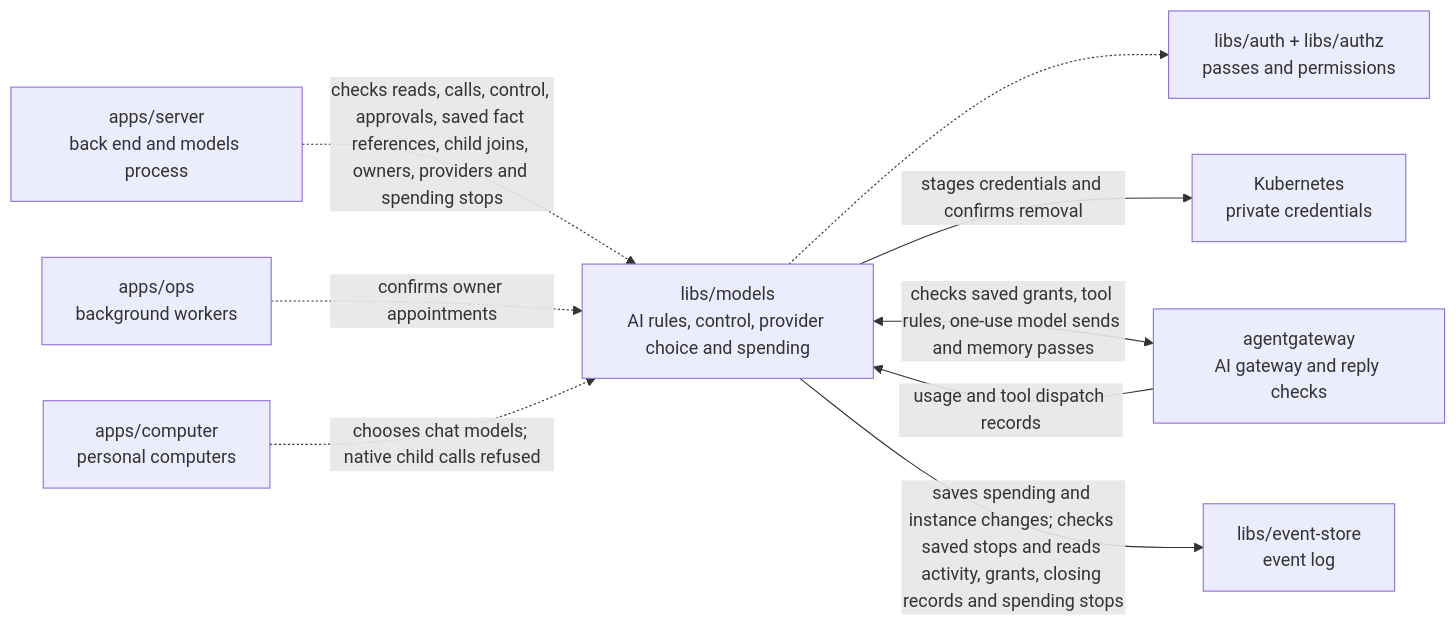
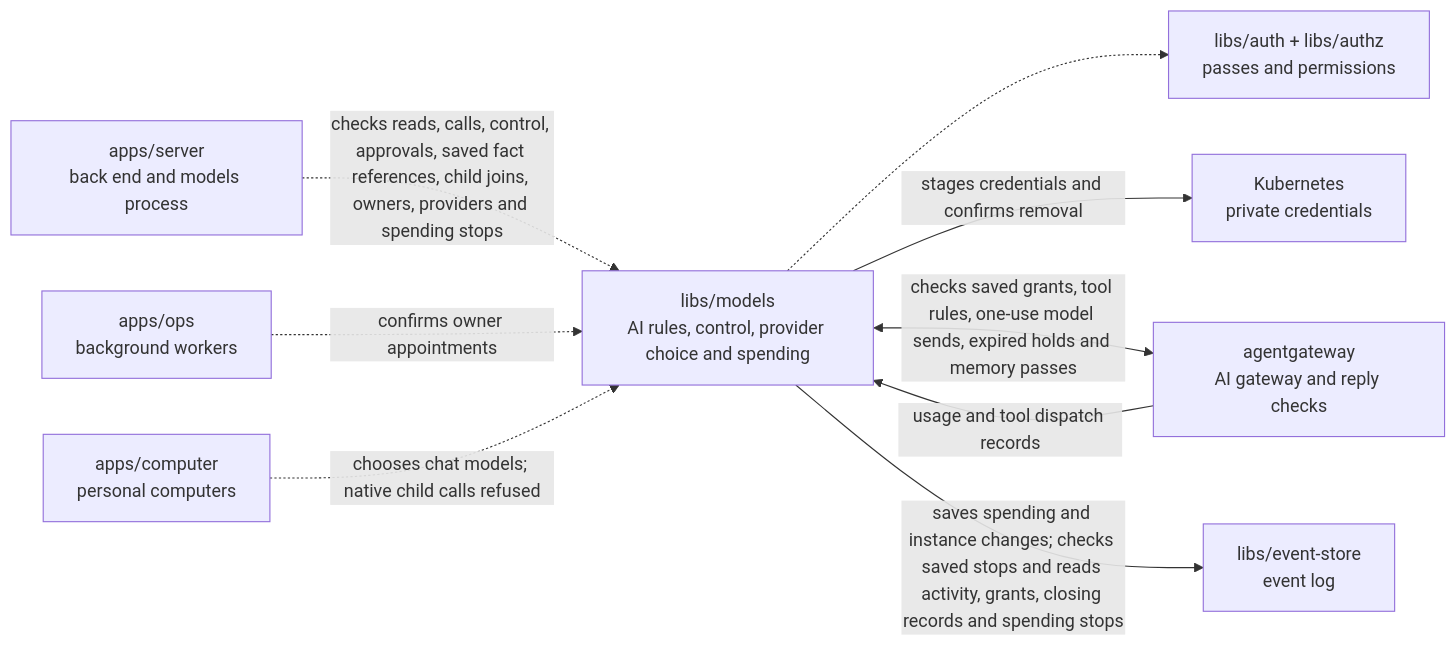
The diagram in libs/models/README.md (elewa-git/opencrane-new), drawn with Mermaid before and after one commit. The commit also changed other lines of this file and 14 other files, not shown here.

Commit message:
🛑 Close expired reservations to new sends while retaining held money

````diff
--- a/libs/models/README.md
+++ b/libs/models/README.md
@@ -14,11 +14,11 @@
 ```mermaid
 flowchart LR
   server["apps/server<br/>back end and models process"] -.->|checks reads, calls, control, approvals, saved fact references, child joins, owners, providers and spending stops| models["libs/models<br/>AI rules, control, provider choice and spending"]
   ops["apps/ops<br/>background workers"] -.->|confirms owner appointments| models
   computer["apps/computer<br/>personal computers"] -.->|chooses chat models; native child calls refused| models
   models -.-> auth["libs/auth + libs/authz<br/>passes and permissions"]
   models -->|stages credentials and confirms removal| custody["Kubernetes<br/>private credentials"]
-  models <-->|checks saved grants, tool rules, one-use model sends and memory passes| gateway["agentgateway<br/>AI gateway and reply checks"]
+  models <-->|checks saved grants, tool rules, one-use model sends, expired holds and memory passes| gateway["agentgateway<br/>AI gateway and reply checks"]
   gateway -->|usage and tool dispatch records| models
   models -->|saves spending and instance changes; checks saved stops and reads activity, grants, closing records and spending stops| store["libs/event-store<br/>event log"]
 ```
````
